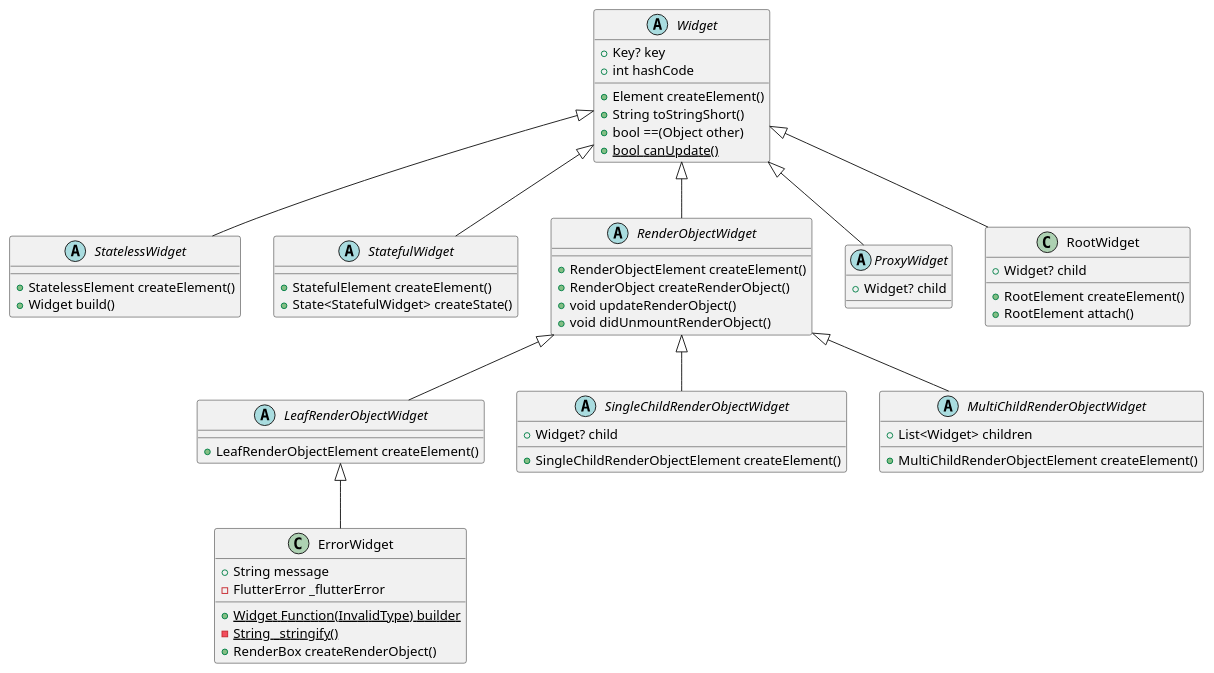
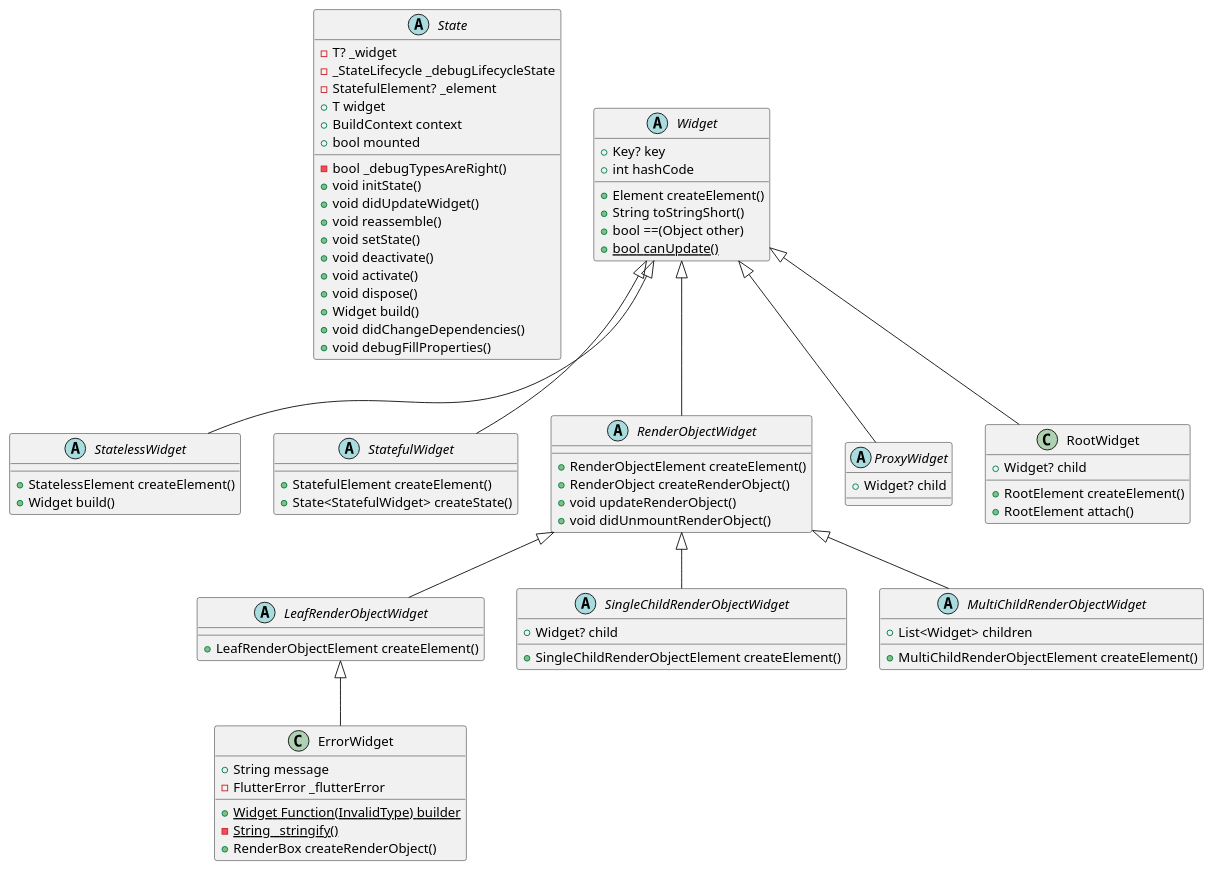
The diagram in flutter/widget.puml (Zivwu/uml), drawn with PlantUML before and after one commit. The commit also changed 3 other files, not shown here.

```diff
--- a/flutter/widget.puml
+++ b/flutter/widget.puml
@@ -1,83 +1,104 @@
 @startuml
 set namespaceSeparator ::
+
+abstract class "State" {
+  -T? _widget
+  -_StateLifecycle _debugLifecycleState
+  -StatefulElement? _element
+  +T widget
+  +BuildContext context
+  +bool mounted
+  -bool _debugTypesAreRight()
+  +void initState()
+  +void didUpdateWidget()
+  +void reassemble()
+  +void setState()
+  +void deactivate()
+  +void activate()
+  +void dispose()
+  +Widget build()
+  +void didChangeDependencies()
+  +void debugFillProperties()
+}
 
 abstract class Widget {
   +Key? key
   +int hashCode
   +Element createElement()
   +String toStringShort()
   +bool ==(Object other)
   {static} +bool canUpdate()
 }
 
 abstract class StatelessWidget {
   +StatelessElement createElement()
   +Widget build()
 }
 
 Widget <|-- StatelessWidget
 
 abstract class StatefulWidget {
   +StatefulElement createElement()
   +State<StatefulWidget> createState()
 }
 
 Widget <|-- StatefulWidget
 
 
 
 abstract class RenderObjectWidget {
   +RenderObjectElement createElement()
   +RenderObject createRenderObject()
   +void updateRenderObject()
   +void didUnmountRenderObject()
 }
 
 Widget <|-- RenderObjectWidget
 
 abstract class LeafRenderObjectWidget {
   +LeafRenderObjectElement createElement()
 }
 
 RenderObjectWidget <|-- LeafRenderObjectWidget
 
 abstract class SingleChildRenderObjectWidget {
   +Widget? child
   +SingleChildRenderObjectElement createElement()
 }
 
 RenderObjectWidget <|-- SingleChildRenderObjectWidget
 
 abstract class MultiChildRenderObjectWidget {
   +List<Widget> children
   +MultiChildRenderObjectElement createElement()
 }
 
 RenderObjectWidget <|-- MultiChildRenderObjectWidget
 
 class ErrorWidget {
   {static} +Widget Function(InvalidType) builder
   +String message
   -FlutterError _flutterError
   {static} -String _stringify()
   +RenderBox createRenderObject()
 }
 
 LeafRenderObjectWidget <|-- ErrorWidget
 
 abstract class ProxyWidget{
 +Widget? child
 }
 
 Widget <|-- ProxyWidget
 
 class RootWidget {
   +Widget? child
   +RootElement createElement()
   +RootElement attach()
 }
 
 Widget <|-- RootWidget
 
 
+
 @enduml
```
